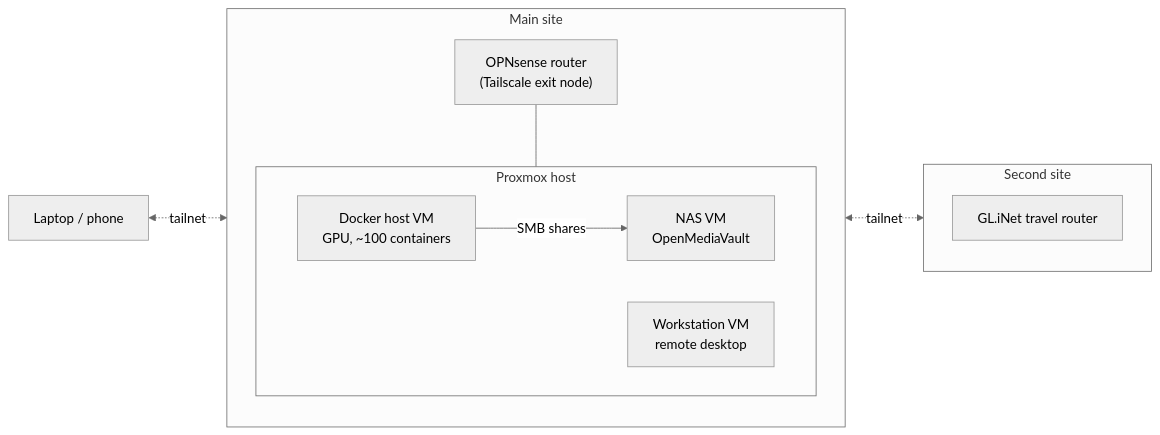
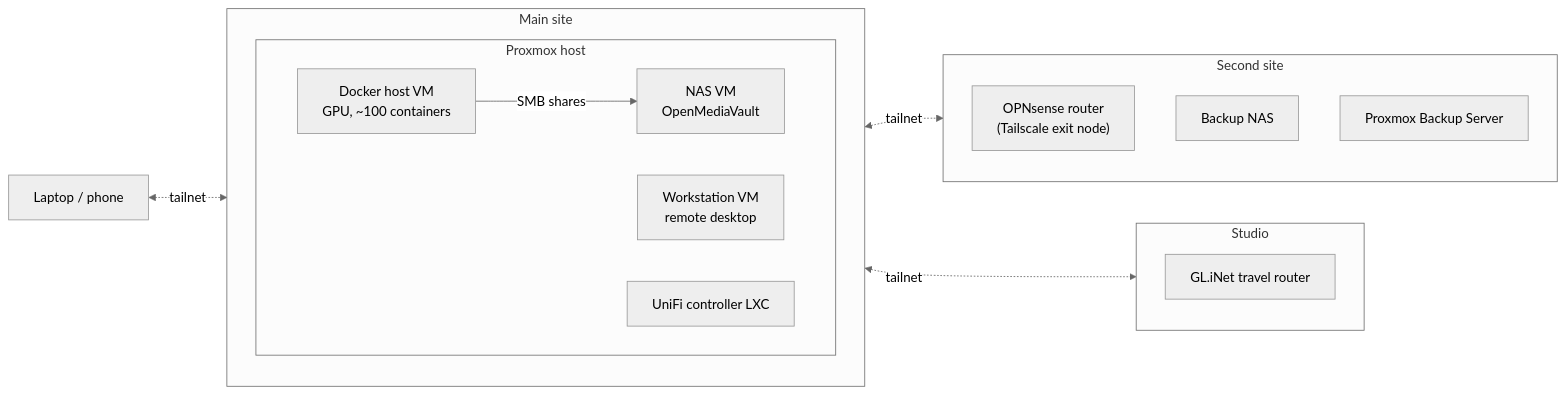
One commit to Kiyam/handbook changed the diagram in docs/homelab/index.md. Above: the diagram before and after it, drawn with Mermaid (neutral theme). The commit also changed other lines of this file and 6 other files, not shown here.

````diff
--- a/docs/homelab/index.md
+++ b/docs/homelab/index.md
@@ -11,19 +14,24 @@
 ```mermaid
 flowchart LR
     subgraph main["Main site"]
-        router1["OPNsense router<br/>(Tailscale exit node)"]
         subgraph pve["Proxmox host"]
             docker["Docker host VM<br/>GPU, ~100 containers"]
             work["Workstation VM<br/>remote desktop"]
             nas["NAS VM<br/>OpenMediaVault"]
+            unifi["UniFi controller LXC"]
         end
-        router1 --- pve
     end
-    subgraph away["Second site"]
-        router2["GL.iNet travel router"]
+    subgraph second["Second site"]
+        router["OPNsense router<br/>(Tailscale exit node)"]
+        bnas["Backup NAS"]
+        pbs["Proxmox Backup Server"]
+    end
+    subgraph studio["Studio"]
+        travel["GL.iNet travel router"]
     end
     laptop["Laptop / phone"]
     docker -- "SMB shares" --> nas
-    main <-. tailnet .-> away
+    main <-. tailnet .-> second
+    main <-. tailnet .-> studio
     laptop <-. tailnet .-> main
 ```
````
